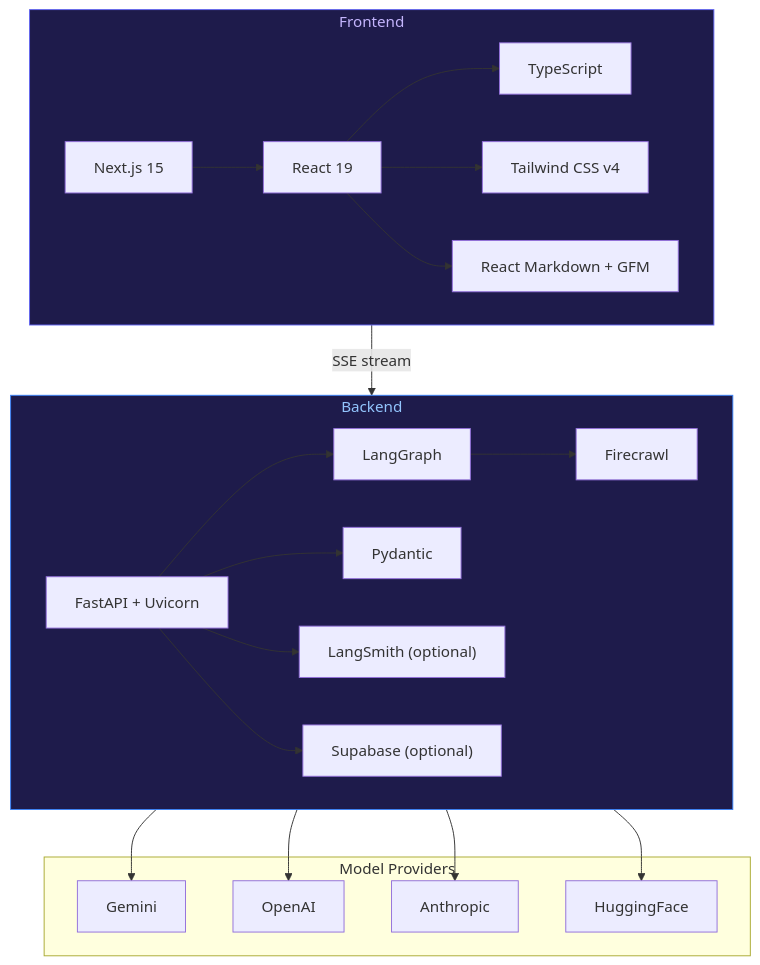
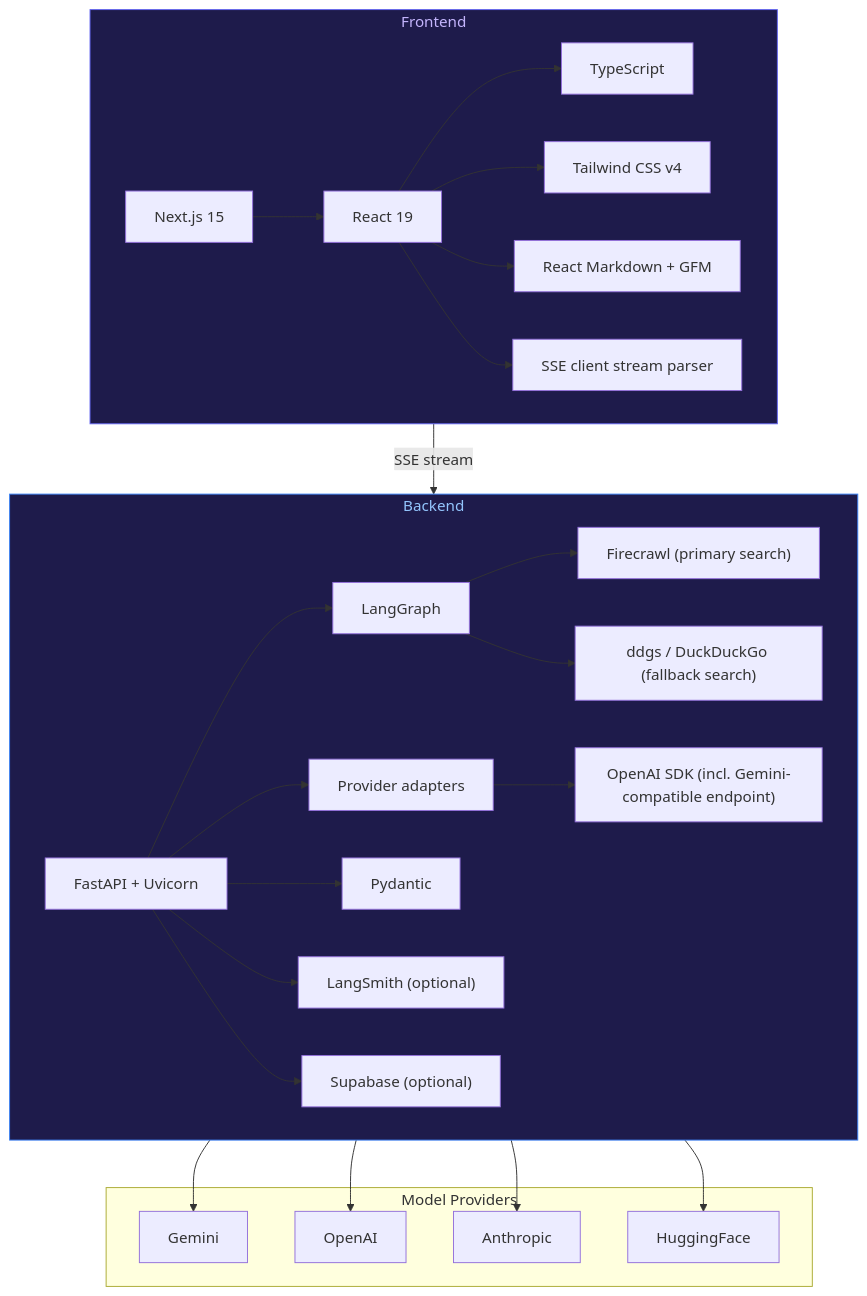
Before and after one commit to WWI2196/Deep-Research-Agent: the second of 2 diagrams in README.md, drawn with Mermaid. The commit also changed other lines of this file and 23 other files, not shown here.

Commit message:
feat: enhance search functionality with DuckDuckGo fallback and improve truncation detection

````diff
--- a/README.md
+++ b/README.md
@@ -186,30 +211,34 @@
 ```mermaid
 graph TB
     subgraph Frontend
         NX["Next.js 15"] --> RE["React 19"]
         RE --> TS["TypeScript"]
         RE --> TW["Tailwind CSS v4"]
         RE --> MD["React Markdown + GFM"]
+        RE --> SSE["SSE client stream parser"]
     end
 
     subgraph Backend
         FA["FastAPI + Uvicorn"] --> LG["LangGraph"]
-        LG --> FC["Firecrawl"]
+        LG --> FC["Firecrawl (primary search)"]
+        LG --> DDG["ddgs / DuckDuckGo (fallback search)"]
+        FA --> PA["Provider adapters"]
+        PA --> OAI["OpenAI SDK (incl. Gemini-compatible endpoint)"]
         FA --> PD["Pydantic"]
         FA --> LS["LangSmith (optional)"]
         FA --> SB["Supabase (optional)"]
     end
 
     subgraph "Model Providers"
         GM["Gemini"]
         OA["OpenAI"]
         AN["Anthropic"]
         HF["HuggingFace"]
     end
 
     Frontend -- SSE stream --> Backend
     Backend --> GM & OA & AN & HF
 
     style Frontend fill:#1e1b4b,color:#c4b5fd,stroke:#6366f1
     style Backend fill:#1e1b4b,color:#93c5fd,stroke:#3b82f6
 ```
````
